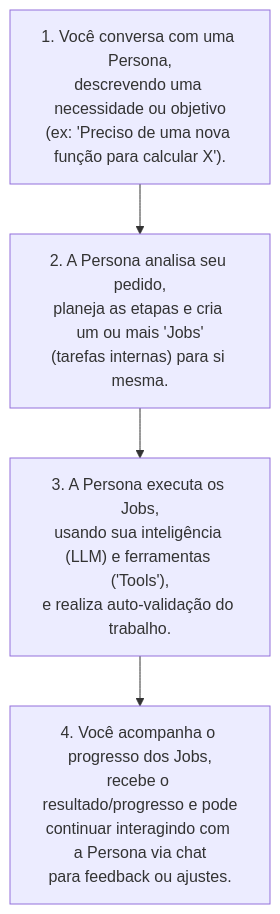
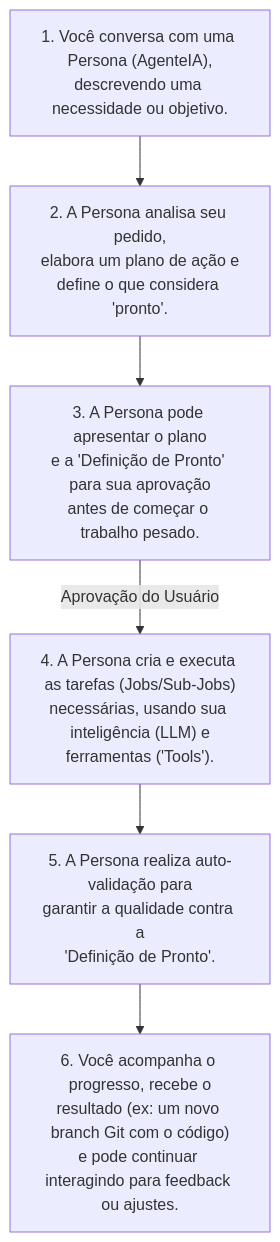
The diagram in docs/new_docs/briefing/explicacao_usuario_final.md (HD220/project-wiz), drawn with Mermaid before and after one commit. The commit also changed other lines of this file and 7 other files, not shown here.

````diff
--- a/docs/new_docs/briefing/explicacao_usuario_final.md
+++ b/docs/new_docs/briefing/explicacao_usuario_final.md
@@ -15,6 +15,8 @@
 ```mermaid
 graph TD
-    A["1. Você conversa com uma Persona,<br>descrevendo uma necessidade ou objetivo<br>(ex: 'Preciso de uma nova função para calcular X')."] --> B["2. A Persona analisa seu pedido,<br>planeja as etapas e cria um ou mais 'Jobs'<br>(tarefas internas) para si mesma."];
-    B --> C["3. A Persona executa os Jobs,<br>usando sua inteligência (LLM) e ferramentas ('Tools'),<br>e realiza auto-validação do trabalho."];
-    C --> D["4. Você acompanha o progresso dos Jobs,<br>recebe o resultado/progresso e pode<br>continuar interagindo com a Persona via chat<br>para feedback ou ajustes."];
+    A["1. Você conversa com uma Persona (AgenteIA),<br>descrevendo uma necessidade ou objetivo."] --> B["2. A Persona analisa seu pedido,<br>elabora um plano de ação e<br>define o que considera 'pronto'."];
+    B --> C["3. A Persona pode apresentar o plano<br>e a 'Definição de Pronto' para sua aprovação<br>antes de começar o trabalho pesado."];
+    C -- Aprovação do Usuário --> D["4. A Persona cria e executa as tarefas (Jobs/Sub-Jobs)<br>necessárias, usando sua inteligência (LLM) e<br>ferramentas ('Tools')."];
+    D --> E["5. A Persona realiza auto-validação para<br>garantir a qualidade contra a<br>'Definição de Pronto'."];
+    E --> F["6. Você acompanha o progresso, recebe o<br>resultado (ex: um novo branch Git com o código)<br>e pode continuar interagindo para feedback ou ajustes."];
 ```
````
